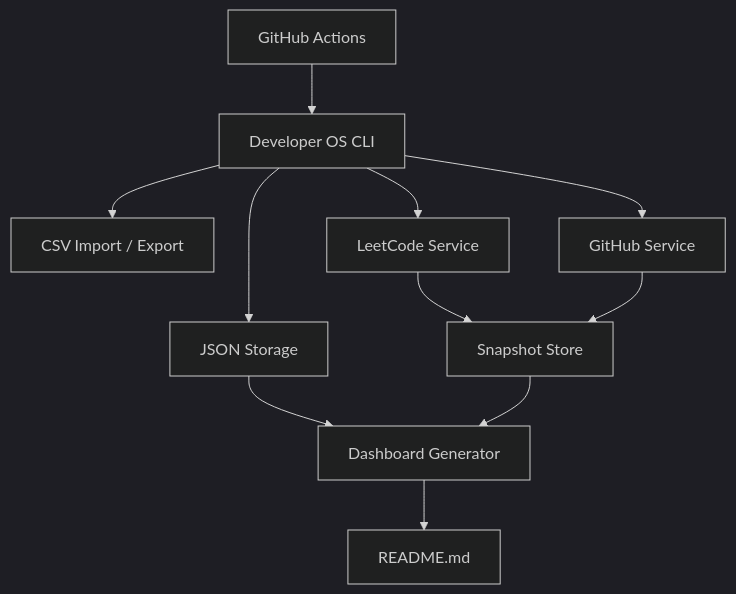
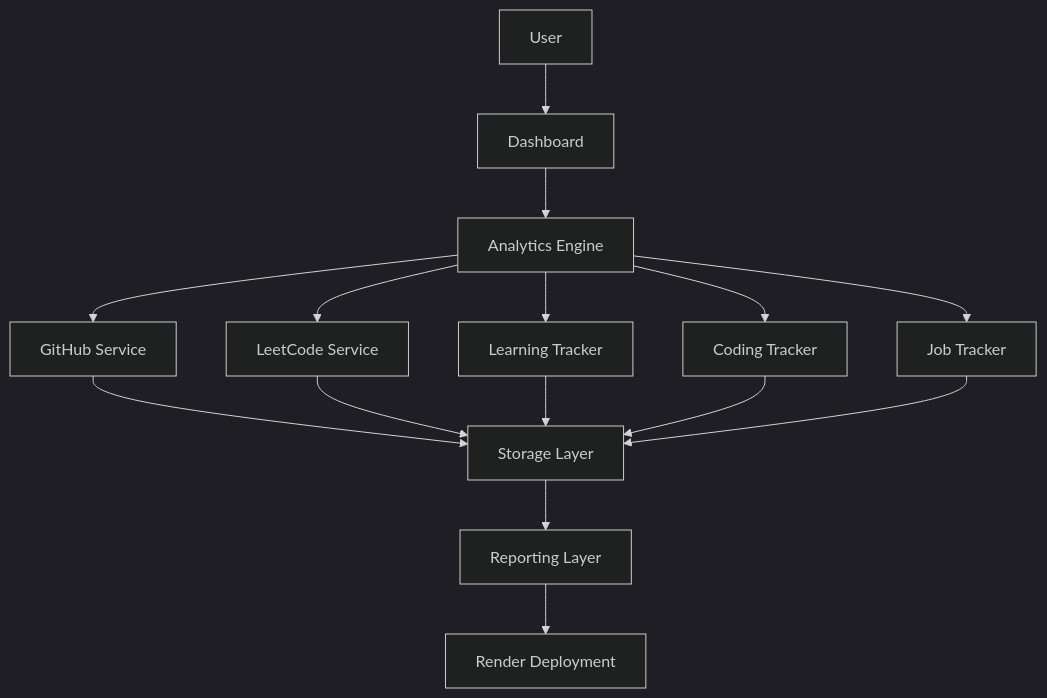
Before and after one commit to susatwik/developer-os: the first of 3 diagrams in README.md, drawn with Mermaid (dark theme). The commit also changed other lines of this file and 22 other files, not shown here.

````diff
--- a/README.md
+++ b/README.md
@@ -34,22 +113,17 @@
 ```mermaid
 flowchart TD
-  A[Developer OS CLI]
-  B[JSON Storage]
-  C[CSV Import / Export]
-  D[LeetCode Service]
-  E[GitHub Service]
-  F[Snapshot Store]
-  G[Dashboard Generator]
-  H[README.md]
-  I[GitHub Actions]
-  A --> B
-  A --> C
-  A --> D
-  A --> E
-  D --> F
-  E --> F
-  B --> G
-  F --> G
-  G --> H
-  I --> A
+    U[User] --> D[Dashboard]
+    D --> A[Analytics Engine]
+    A --> GH[GitHub Service]
+    A --> LC[LeetCode Service]
+    A --> LT[Learning Tracker]
+    A --> CT[Coding Tracker]
+    A --> JT[Job Tracker]
+    GH --> S[Storage Layer]
+    LC --> S
+    LT --> S
+    CT --> S
+    JT --> S
+    S --> R[Reporting Layer]
+    R --> RD[Render Deployment]
 ```
````
